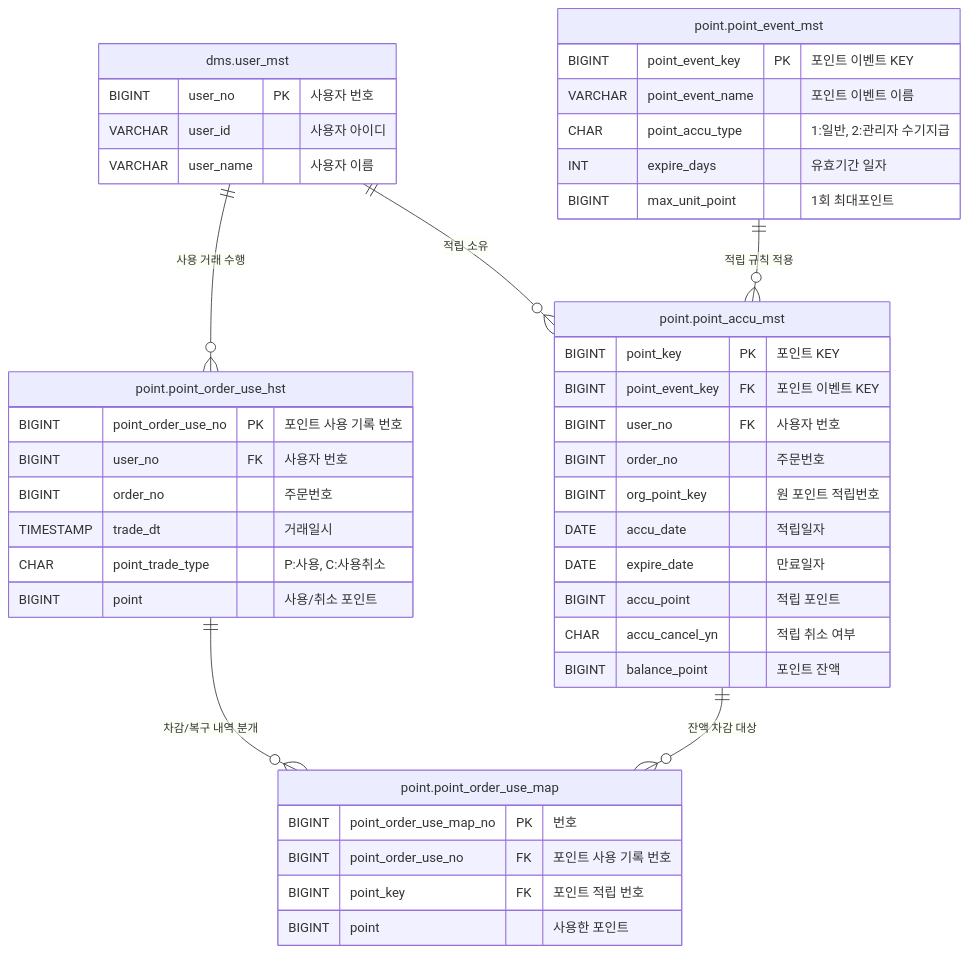
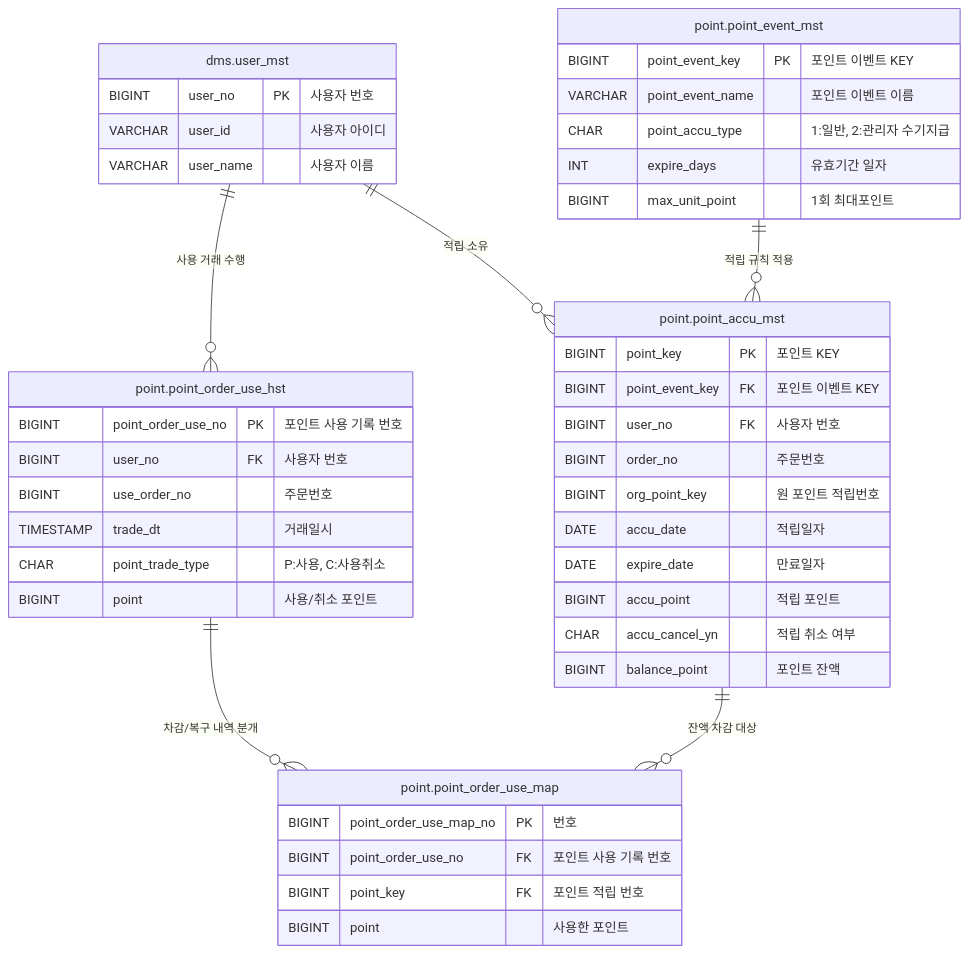
One commit to ytjeon/point-api changed the diagram in src/main/resources/포인트API-ERD.mermaid. Above: the diagram before and after it, drawn with Mermaid. The commit also changed 1 other file, not shown here.

```diff
--- a/src/main/resources/포인트API-ERD.mermaid
+++ b/src/main/resources/포인트API-ERD.mermaid
@@ -1,56 +1,56 @@
 
 %% [AI사용 사항 안내]
 %% 이 ERD는 DDL 쿼리를 입력값으로  gemini에게 mermaid erd 작성을 의뢰하여 만들어 진 것을 밝힙니다. 
 
 erDiagram
     %% DMS Schema
     "dms.user_mst" {
         BIGINT user_no PK "사용자 번호"
         VARCHAR user_id "사용자 아이디"
         VARCHAR user_name "사용자 이름"
     }
 
     %% Point Schema
     "point.point_event_mst" {
         BIGINT point_event_key PK "포인트 이벤트 KEY"
         VARCHAR point_event_name "포인트 이벤트 이름"
         CHAR point_accu_type "1:일반, 2:관리자 수기지급"
         INT expire_days "유효기간 일자"
         BIGINT max_unit_point "1회 최대포인트"
     }
 
     "point.point_accu_mst" {
         BIGINT point_key PK "포인트 KEY"
         BIGINT point_event_key FK "포인트 이벤트 KEY"
         BIGINT user_no FK "사용자 번호"
         BIGINT order_no "주문번호"
         BIGINT org_point_key "원 포인트 적립번호"
         DATE accu_date "적립일자"
         DATE expire_date "만료일자"
         BIGINT accu_point "적립 포인트"
         CHAR accu_cancel_yn "적립 취소 여부"
         BIGINT balance_point "포인트 잔액"
     }
 
     "point.point_order_use_hst" {
         BIGINT point_order_use_no PK "포인트 사용 기록 번호"
         BIGINT user_no FK "사용자 번호"
-        BIGINT order_no "주문번호"
+        BIGINT use_order_no "주문번호"
         TIMESTAMP trade_dt "거래일시"
         CHAR point_trade_type "P:사용, C:사용취소"
         BIGINT point "사용/취소 포인트"
     }
 
     "point.point_order_use_map" {
         BIGINT point_order_use_map_no PK "번호"
         BIGINT point_order_use_no FK "포인트 사용 기록 번호"
         BIGINT point_key FK "포인트 적립 번호"
         BIGINT point "사용한 포인트"
     }
 
     %% Relationships
     "dms.user_mst" ||--o{ "point.point_accu_mst" : "적립 소유"
     "dms.user_mst" ||--o{ "point.point_order_use_hst" : "사용 거래 수행"
     "point.point_event_mst" ||--o{ "point.point_accu_mst" : "적립 규칙 적용"
     "point.point_order_use_hst" ||--o{ "point.point_order_use_map" : "차감/복구 내역 분개"
     "point.point_accu_mst" ||--o{ "point.point_order_use_map" : "잔액 차감 대상"
```
